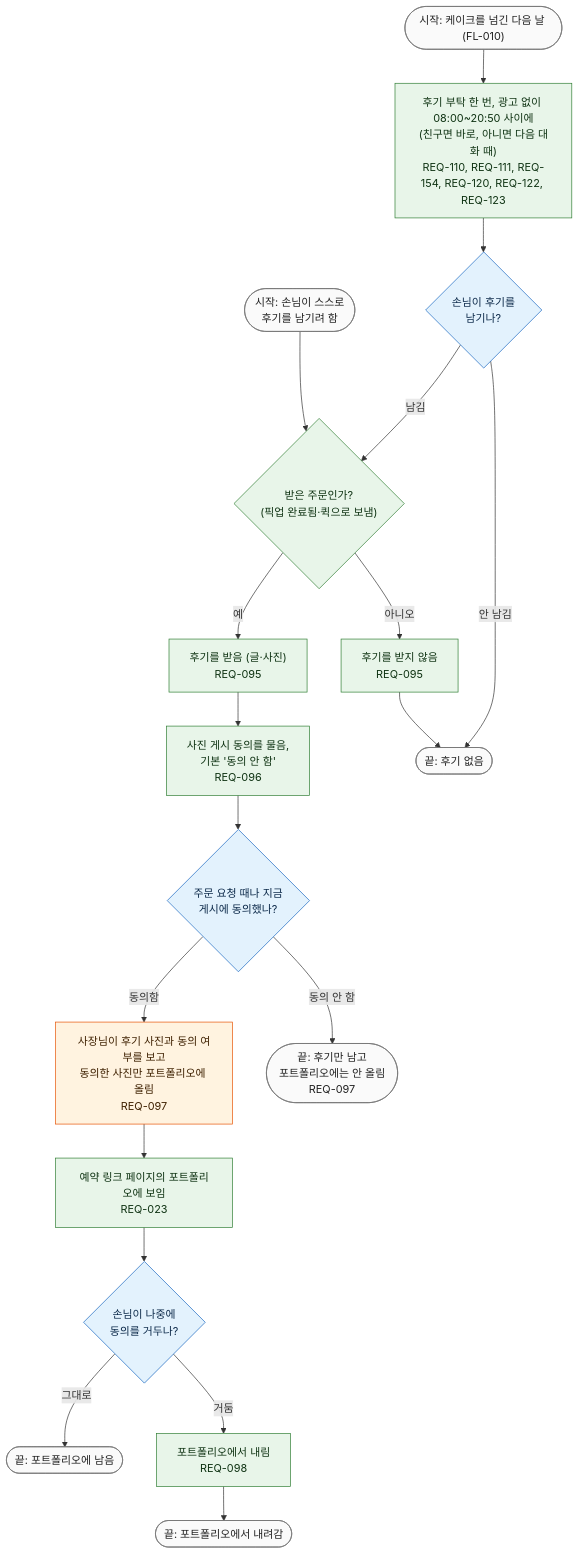
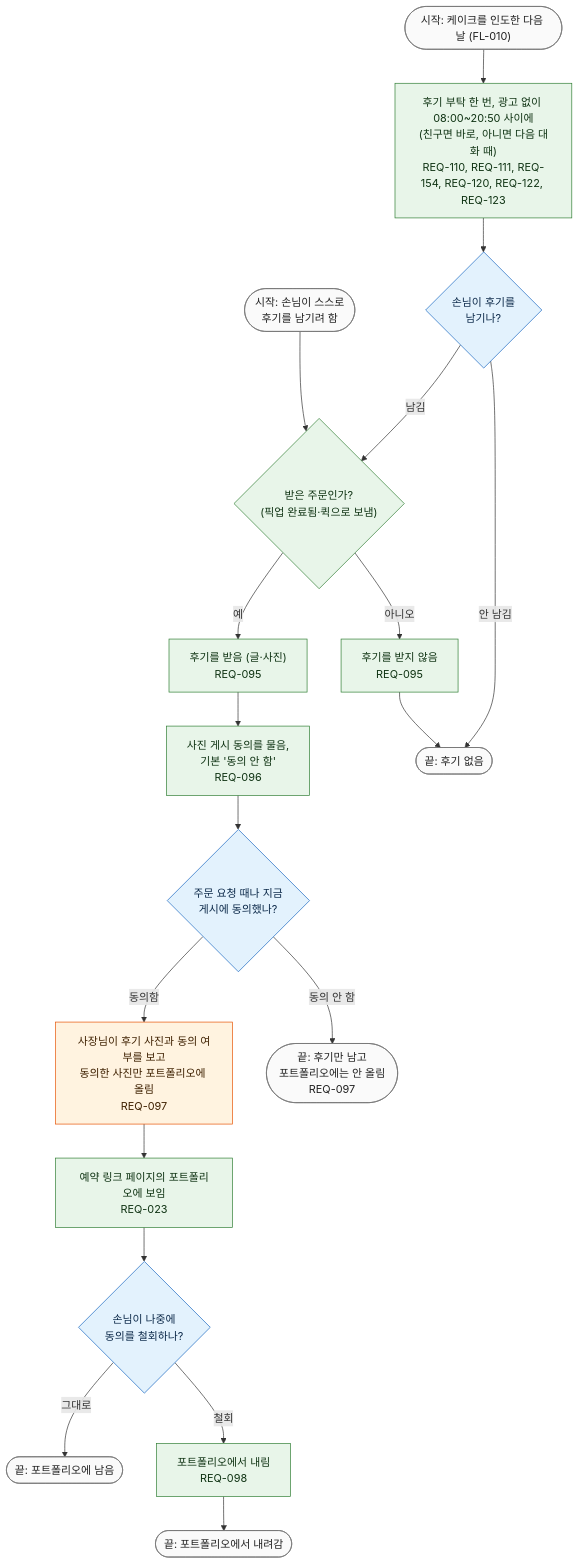
One commit to kodonghui/siljang.ai changed the diagram in docs/03-user-flow/FL-012-review-and-portfolio.md. Above: the diagram before and after it, drawn with Mermaid. The commit also changed other lines of this file and 55 other files, not shown here.

````diff
--- a/docs/03-user-flow/FL-012-review-and-portfolio.md
+++ b/docs/03-user-flow/FL-012-review-and-portfolio.md
@@ -18,40 +18,40 @@
 ```mermaid
 flowchart TD
-  S1(["시작: 케이크를 넘긴 다음 날 (FL-010)"])
+  S1(["시작: 케이크를 인도한 다음 날 (FL-010)"])
   S2(["시작: 손님이 스스로<br/>후기를 남기려 함"])
   V1["후기 부탁 한 번, 광고 없이 08:00~20:50 사이에<br/>(친구면 바로, 아니면 다음 대화 때)<br/>REQ-110, REQ-111, REQ-154, REQ-120, REQ-122, REQ-123"]
   D1{"손님이 후기를<br/>남기나?"}
   E0(["끝: 후기 없음"])
   D2{"받은 주문인가?<br/>(픽업 완료됨·퀵으로 보냄)"}
   V2["후기를 받지 않음<br/>REQ-095"]
   V3["후기를 받음 (글·사진)<br/>REQ-095"]
   V4["사진 게시 동의를 물음,<br/>기본 '동의 안 함'<br/>REQ-096"]
   D3{"주문 요청 때나 지금<br/>게시에 동의했나?"}
   E1(["끝: 후기만 남고<br/>포트폴리오에는 안 올림<br/>REQ-097"])
   V5["사장님이 후기 사진과 동의 여부를 보고<br/>동의한 사진만 포트폴리오에 올림<br/>REQ-097"]
   V6["예약 링크 페이지의 포트폴리오에 보임<br/>REQ-023"]
-  D4{"손님이 나중에<br/>동의를 거두나?"}
+  D4{"손님이 나중에<br/>동의를 철회하나?"}
   V7["포트폴리오에서 내림<br/>REQ-098"]
   E2(["끝: 포트폴리오에서 내려감"])
   E3(["끝: 포트폴리오에 남음"])
 
   S1 --> V1 --> D1
   S2 --> D2
   D1 -->|"안 남김"| E0
   D1 -->|"남김"| D2
   D2 -->|"아니오"| V2 --> E0
   D2 -->|"예"| V3 --> V4 --> D3
   D3 -->|"동의 안 함"| E1
   D3 -->|"동의함"| V5 --> V6 --> D4
-  D4 -->|"거둠"| V7 --> E2
+  D4 -->|"철회"| V7 --> E2
   D4 -->|"그대로"| E3
 
   classDef cust fill:#e3f2fd,stroke:#1565c0,color:#0d2a4a
   classDef owner fill:#fff3e0,stroke:#e65100,color:#3e2000
   classDef svc fill:#e8f5e9,stroke:#2e7d32,color:#0f3313
   classDef term fill:#fafafa,stroke:#757575,color:#212121
   class D1,D3,D4 cust
   class V5 owner
   class V1,D2,V2,V3,V4,V6,V7 svc
   class S1,S2,E0,E1,E2,E3 term
 ```
````
